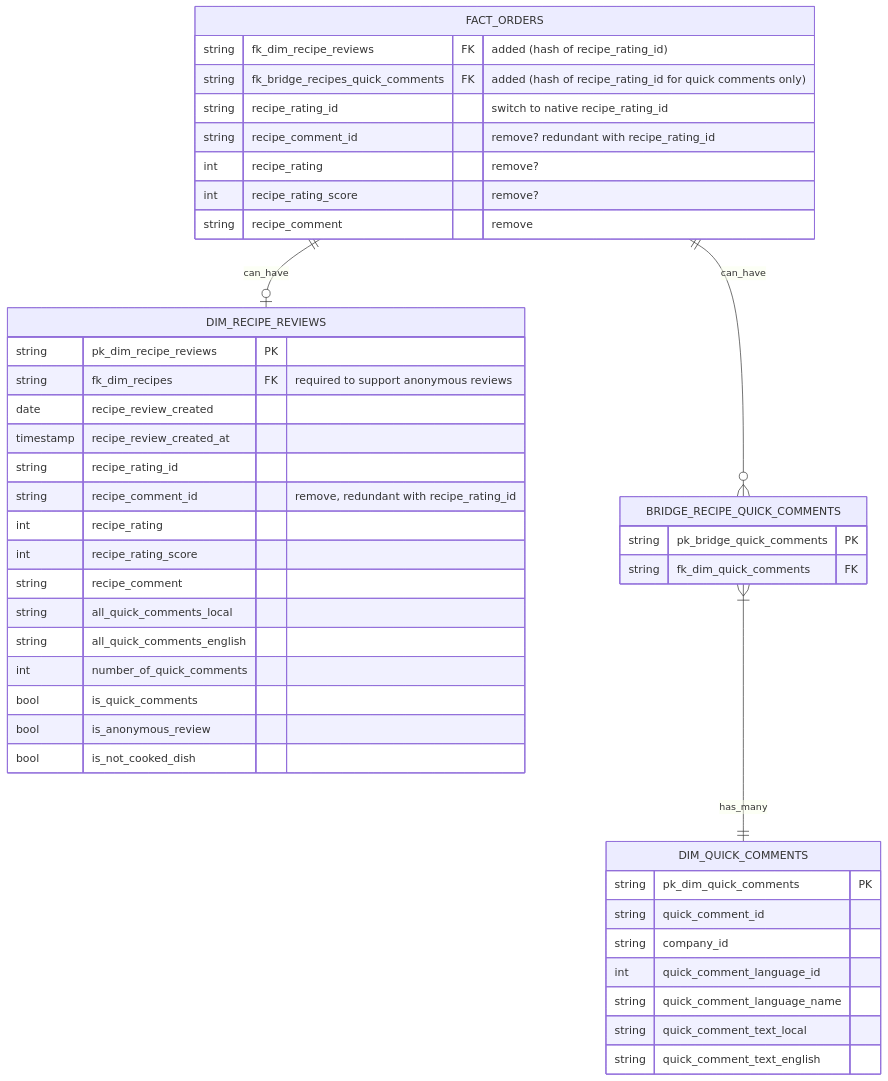
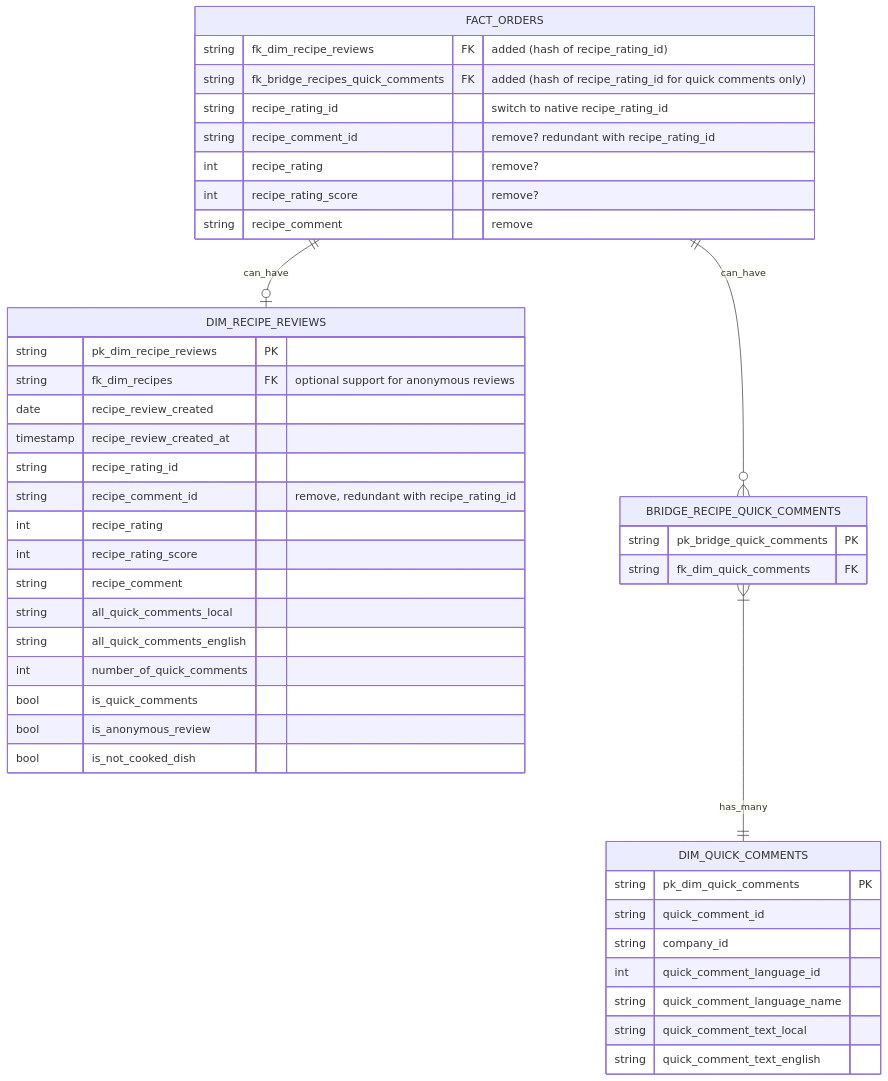
One commit to comegrant/misc_doc changed the diagram in add_reviews_to_pbi.md. Above: the diagram before and after it, drawn with Mermaid.

````diff
--- a/add_reviews_to_pbi.md
+++ b/add_reviews_to_pbi.md
@@ -20,48 +20,48 @@
 ```mermaid
 erDiagram
 direction TB
 FACT_ORDERS ||--o| DIM_RECIPE_REVIEWS: can_have
 FACT_ORDERS ||--o{ BRIDGE_RECIPE_QUICK_COMMENTS: can_have
 BRIDGE_RECIPE_QUICK_COMMENTS }|--|| DIM_QUICK_COMMENTS: has_many
 
 
 FACT_ORDERS {
     string fk_dim_recipe_reviews FK "added (hash of recipe_rating_id)"
     string fk_bridge_recipes_quick_comments FK "added (hash of recipe_rating_id for quick comments only)"
     string recipe_rating_id "switch to native recipe_rating_id"
     string recipe_comment_id "remove? redundant with recipe_rating_id"
     int recipe_rating "remove?"
     int recipe_rating_score "remove?"
     string recipe_comment "remove"
 }
 DIM_RECIPE_REVIEWS {
     string pk_dim_recipe_reviews PK
-    string fk_dim_recipes FK "required to support anonymous reviews"
+    string fk_dim_recipes FK "optional support for anonymous reviews"
     date recipe_review_created
     timestamp recipe_review_created_at
     string recipe_rating_id
     string recipe_comment_id "remove, redundant with recipe_rating_id"
     int recipe_rating
     int recipe_rating_score
     string recipe_comment
     string all_quick_comments_local
     string all_quick_comments_english
     int number_of_quick_comments
     bool is_quick_comments
     bool is_anonymous_review
     bool is_not_cooked_dish
 }
 BRIDGE_RECIPE_QUICK_COMMENTS {
     string pk_bridge_quick_comments PK
     string fk_dim_quick_comments FK
 }
 DIM_QUICK_COMMENTS {
     string pk_dim_quick_comments PK
     string quick_comment_id 
     string company_id
     int quick_comment_language_id
     string quick_comment_language_name
     string quick_comment_text_local
     string quick_comment_text_english
 }
 ```
````
